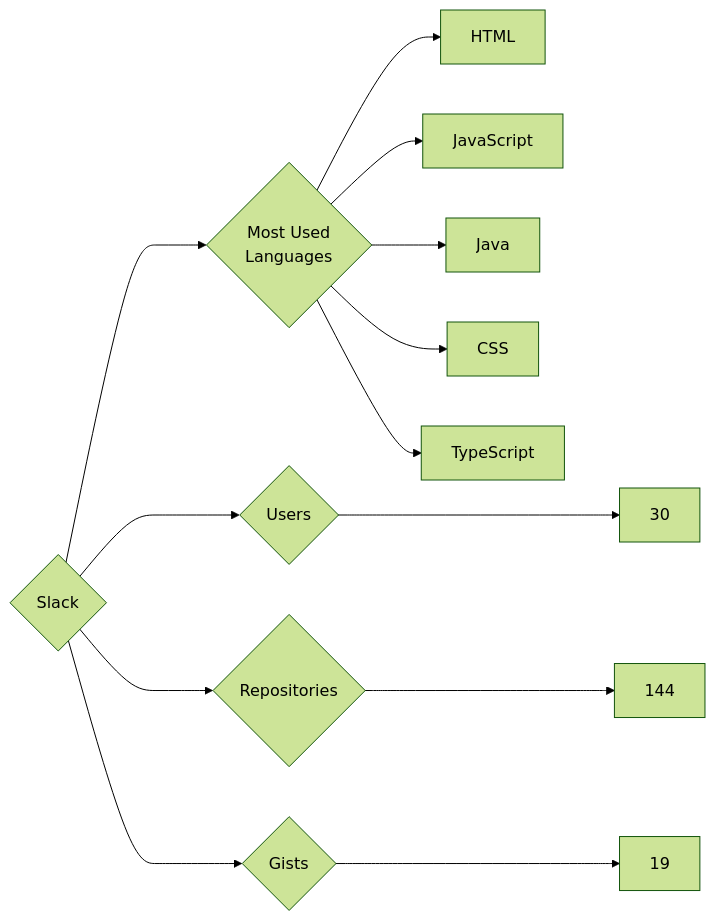
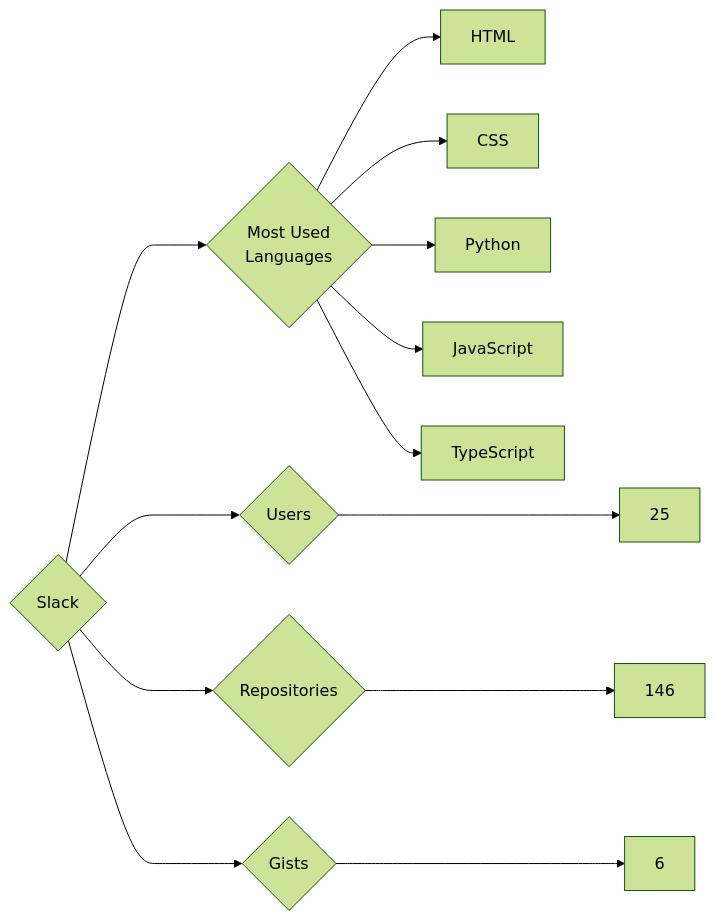
Before and after one commit to trickest/insiders: the diagram in targets/Slack/README.md, drawn with Mermaid (forest theme). The commit also changed 1011 other files, not shown here.

````diff
--- a/targets/Slack/README.md
+++ b/targets/Slack/README.md
@@ -3,13 +3,13 @@
 ```mermaid
 graph LR
 COMPANY_NAME{Slack}
-COMPANY_NAME ---> U{Users} ---> UN[30]
-COMPANY_NAME ---> R{Repositories} ---> RN[144]
-COMPANY_NAME ---> G{Gists} ---> GN[19]
+COMPANY_NAME ---> U{Users} ---> UN[25]
+COMPANY_NAME ---> R{Repositories} ---> RN[146]
+COMPANY_NAME ---> G{Gists} ---> GN[6]
 COMPANY_NAME ---> ML{Most Used<br>Languages}
 ML --> HTML[HTML]
+ML --> CSS[CSS]
+ML --> Python[Python]
 ML --> JavaScript[JavaScript]
-ML --> Java[Java]
-ML --> CSS[CSS]
 ML --> TypeScript[TypeScript]
 ```
````
